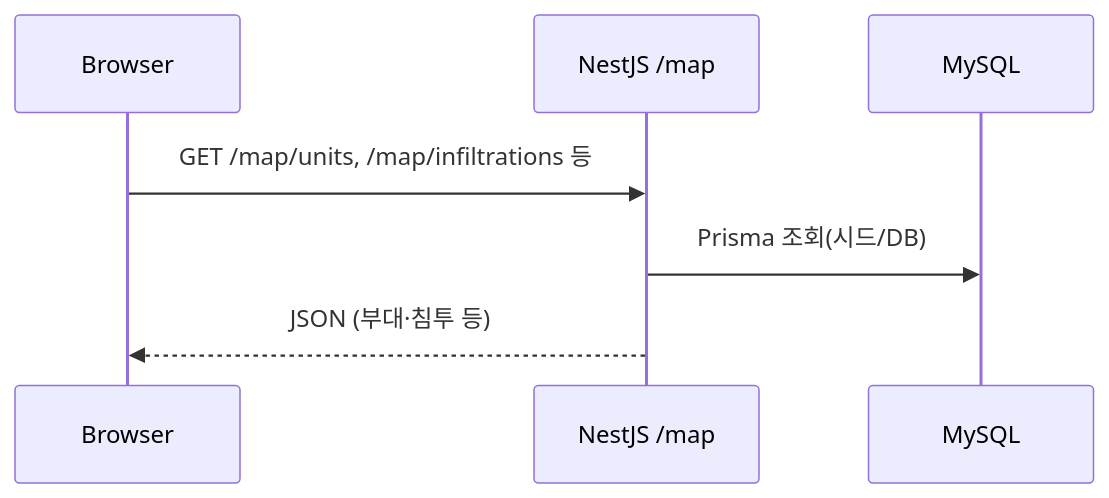
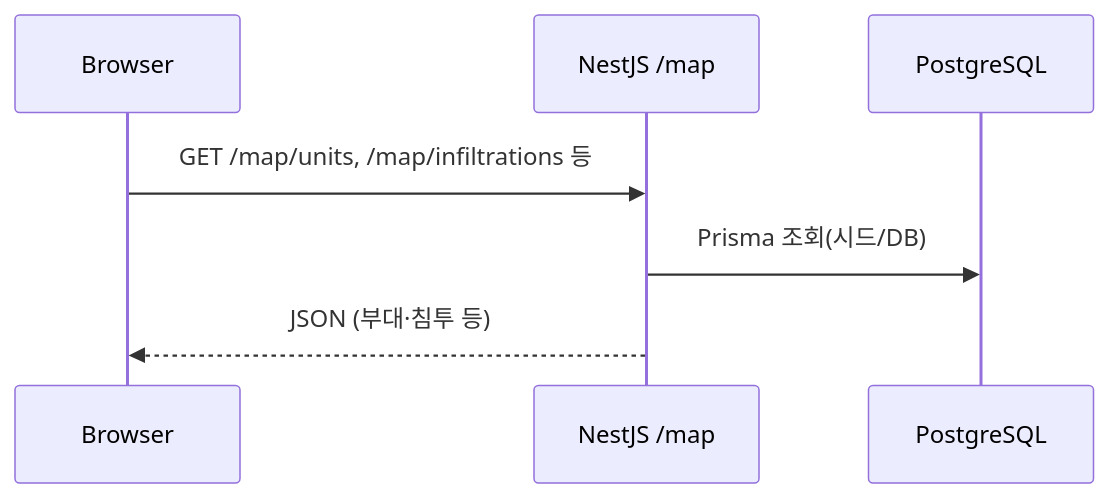
Before and after one commit to pbzz1/hanhwa_final: the fourth of 6 diagrams in docs/ARCHITECTURE.md, drawn with Mermaid. The commit also changed other lines of this file and 19 other files, not shown here.

First line of the commit message:
chore: Vercel·Render 배포 설정 및 Prisma PostgreSQL 전환

````diff
--- a/docs/ARCHITECTURE.md
+++ b/docs/ARCHITECTURE.md
@@ -112,10 +112,10 @@
 ```mermaid
 sequenceDiagram
   participant B as Browser
   participant N as NestJS /map
-  participant D as MySQL
+  participant D as PostgreSQL
 
   B->>N: GET /map/units, /map/infiltrations 등
   N->>D: Prisma 조회(시드/DB)
   N-->>B: JSON (부대·침투 등)
 ```
````
